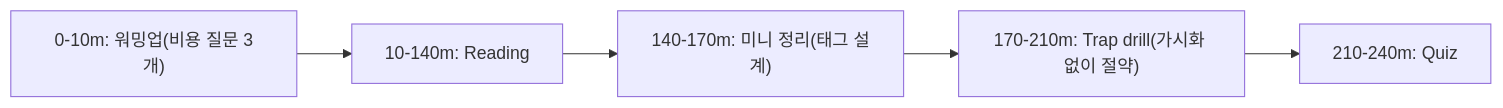
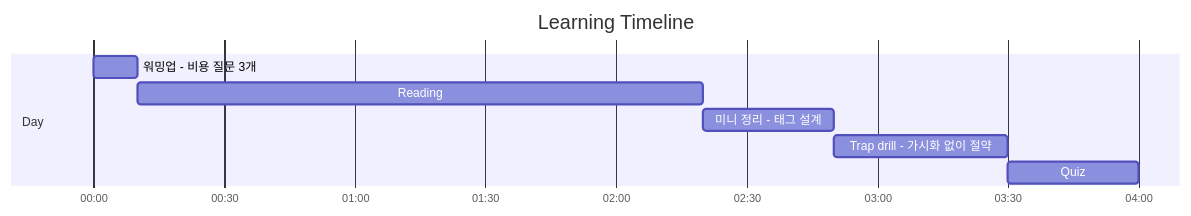
Before and after one commit to niceguy61/aws-saa-lecture-2026: the first of 2 diagrams in aws-saa/week04/day01/README.md, drawn with Mermaid. The commit also changed 21 other files, not shown here.

Commit message:
docs(aws-saa): use mermaid gantt for learning timelines

````diff
--- a/aws-saa/week04/day01/README.md
+++ b/aws-saa/week04/day01/README.md
@@ -26,7 +26,12 @@
 ```mermaid
-flowchart LR
-  A["0-10m: 워밍업(비용 질문 3개)"] --> B["10-140m: Reading"]
-  B --> C["140-170m: 미니 정리(태그 설계)"]
-  C --> D["170-210m: Trap drill(가시화 없이 절약)"]
-  D --> E["210-240m: Quiz"]
+gantt
+  title Learning Timeline
+  dateFormat  HH:mm
+  axisFormat  %H:%M
+  section Day
+  워밍업 - 비용 질문 3개 :t1, 00:00, 10m
+  Reading :t2, after t1, 130m
+  미니 정리 - 태그 설계 :t3, after t2, 30m
+  Trap drill - 가시화 없이 절약 :t4, after t3, 40m
+  Quiz :t5, after t4, 30m
 ```
````
